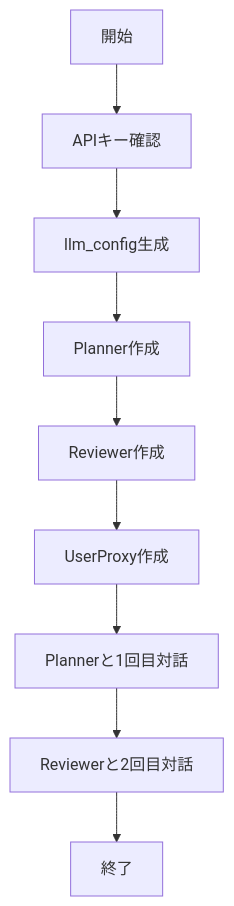
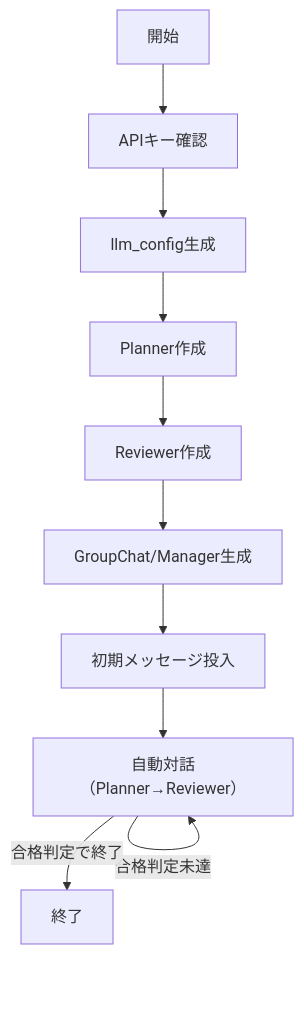
Before and after one commit to duwenji/generative-ai-oss-tutorials: the second of 2 diagrams in docs/01-agent-orchestration/03-autogen.md, drawn with Mermaid. The commit also changed other lines of this file, not shown here.

Commit message:
refactor: enhance AutoGen documentation with clearer execution flow and structure

````diff
--- a/docs/01-agent-orchestration/03-autogen.md
+++ b/docs/01-agent-orchestration/03-autogen.md
@@ -52,11 +58,12 @@
 ```mermaid
 flowchart TD
-	S[開始] --> K[APIキー確認]
-	K --> L[llm_config生成]
-	L --> P[Planner作成]
-	P --> R[Reviewer作成]
-	R --> U[UserProxy作成]
-	U --> C1[Plannerと1回目対話]
-	C1 --> C2[Reviewerと2回目対話]
-	C2 --> E[終了]
+  S[開始] --> K[APIキー確認]
+  K --> L[llm_config生成]
+  L --> P[Planner作成]
+  P --> R[Reviewer作成]
+  R --> G[GroupChat/Manager生成]
+  G --> M[初期メッセージ投入]
+  M --> D[自動対話（Planner→Reviewer）]
+  D -- 合格判定未達 --> D
+  D -- 合格判定で終了 --> J[終了]
 ```
````
